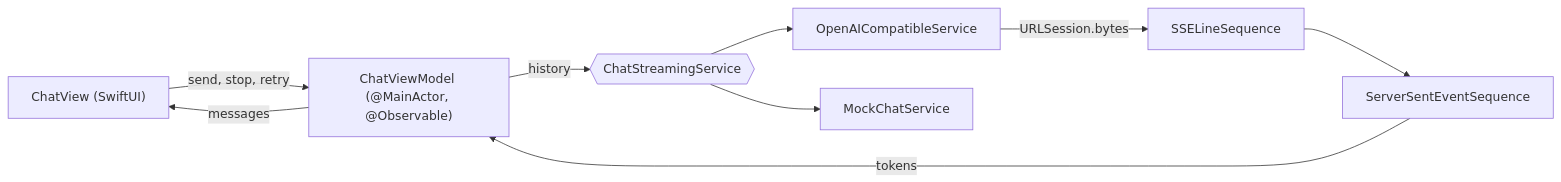
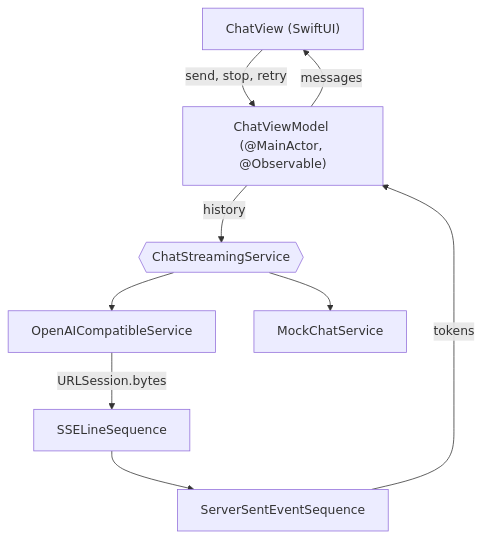
The diagram in README.md (Lophiester/StreamingChatKit), drawn with Mermaid before and after one commit.

Commit message:
Change flowchart direction in README
Updated flowchart syntax from LR to TD in README.

````diff
--- a/README.md
+++ b/README.md
@@ -32,11 +32,11 @@
 ```mermaid
-flowchart LR
+flowchart TD
     V["ChatView (SwiftUI)"] -- "send, stop, retry" --> VM["ChatViewModel (@MainActor, @Observable)"]
     VM -- "messages" --> V
     VM -- "history" --> S{{"ChatStreamingService"}}
     S --> O["OpenAICompatibleService"]
     S --> M["MockChatService"]
     O -- "URLSession.bytes" --> L["SSELineSequence"]
     L --> P["ServerSentEventSequence"]
     P -- "tokens" --> VM
 ```
````
